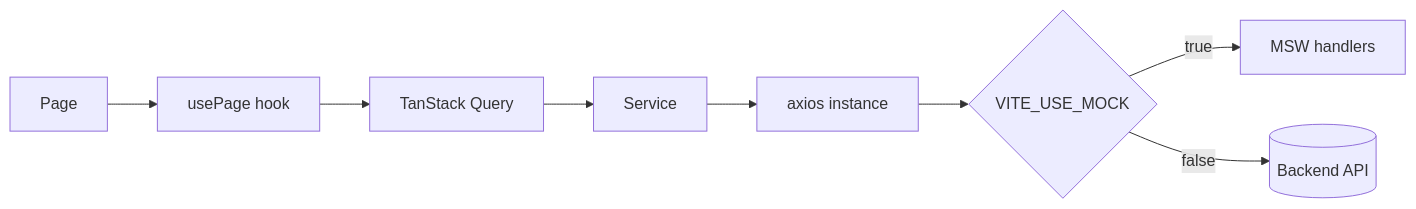
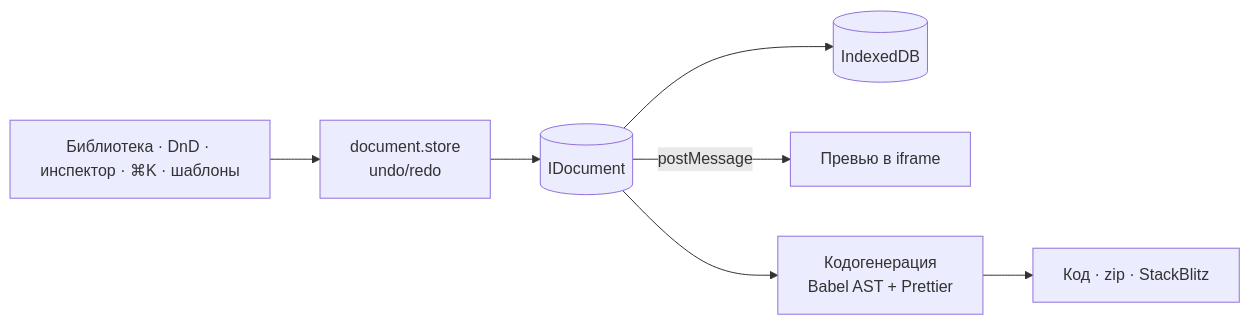
One commit to timurrc/Sectio changed the diagram in README.md. Above: the diagram before and after it, drawn with Mermaid. The commit also changed other lines of this file and 1 other file, not shown here.

````diff
--- a/README.md
+++ b/README.md
@@ -24,10 +23,9 @@
 ```mermaid
 flowchart LR
-    P[Page] --> H[usePage hook]
-    H --> Q[TanStack Query]
-    Q --> S[Service]
-    S --> A[axios instance]
-    A --> M{VITE_USE_MOCK}
-    M -- true --> W[MSW handlers]
-    M -- false --> B[(Backend API)]
+    U[Библиотека · DnD · инспектор · ⌘K · шаблоны] --> S[document.store<br/>undo/redo]
+    S --> D[(IDocument)]
+    D --> DB[(IndexedDB)]
+    D -- postMessage --> P[Превью в iframe]
+    D --> C[Кодогенерация<br/>Babel AST + Prettier]
+    C --> Z[Код · zip · StackBlitz]
 ```
````
